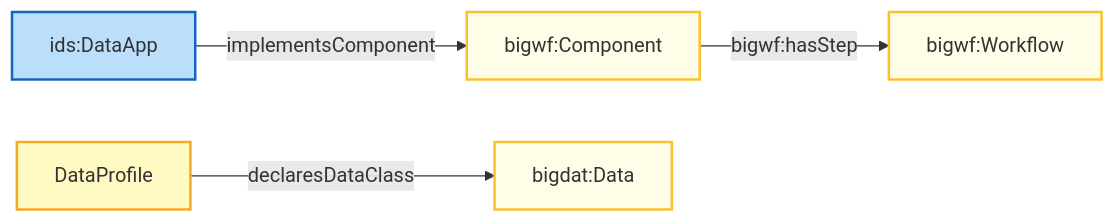
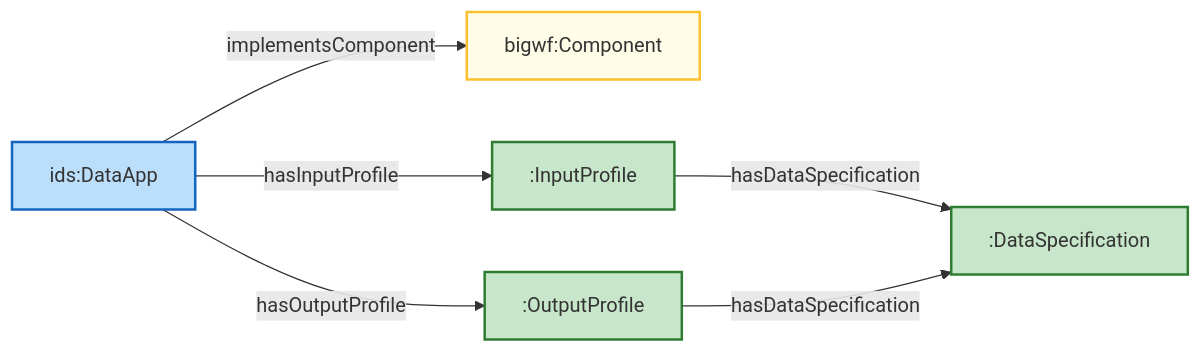
One commit to KhaosResearch/EDAAnOWL changed the fourth of 4 diagrams in docs/ONTOLOGY_OVERVIEW_DIAGRAM_ES.md. Above: the diagram before and after it, drawn with Mermaid. The commit also changed other lines of this file and 9 other files, not shown here.

First line of the commit message:
docs: update architecture documentation and guides for v1.0.0

````diff
--- a/docs/ONTOLOGY_OVERVIEW_DIAGRAM_ES.md
+++ b/docs/ONTOLOGY_OVERVIEW_DIAGRAM_ES.md
@@ -112,21 +110,23 @@
 ```mermaid
 flowchart LR
     classDef idsa fill:#bbdefb,stroke:#1565c0,stroke-width:2px
     classDef bigowl fill:#fffde7,stroke:#fbc02d,stroke-width:2px
-    classDef profile fill:#fff9c4,stroke:#f9a825,stroke-width:2px
+    classDef edaan fill:#c8e6c9,stroke:#2e7d32,stroke-width:2px
 
-    APP["ids:DataApp"]
-    COMP["bigwf:Component"]
-    WF["bigwf:Workflow"]
+    App["ids:DataApp"]
+    Comp["bigwf:Component"]
     
-    DP["DataProfile"]
-    DATA["bigdat:Data"]
+    InProf[":InputProfile"]
+    OutProf[":OutputProfile"]
+    Spec[":DataSpecification"]
 
-    APP -- "implementsComponent" --> COMP
-    COMP -- "bigwf:hasStep" --> WF
-    DP -- "declaresDataClass" --> DATA
+    App -- "implementsComponent" --> Comp
+    App -- "hasInputProfile" --> InProf
+    App -- "hasOutputProfile" --> OutProf
+    InProf -- "hasDataSpecification" --> Spec
+    OutProf -- "hasDataSpecification" --> Spec
 
-    class APP idsa
-    class COMP,WF,DATA bigowl
-    class DP profile
+    class App idsa
+    class Comp bigowl
+    class InProf,OutProf,Spec edaan
 ```
````
